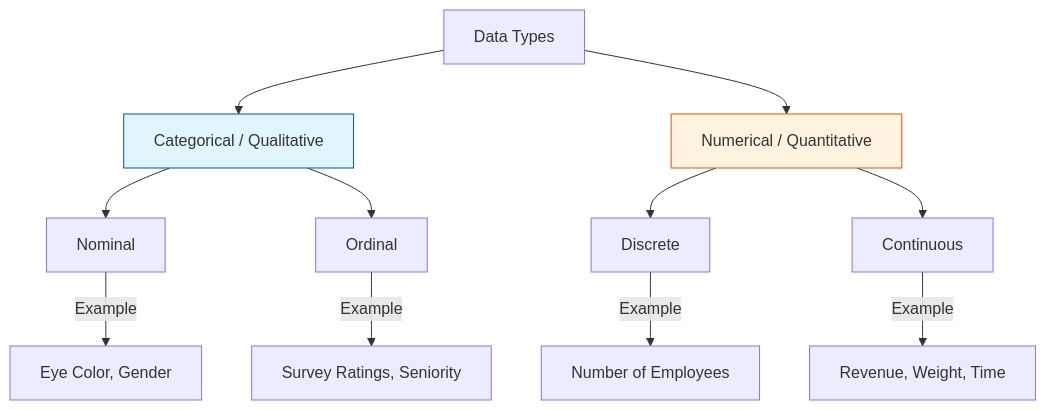
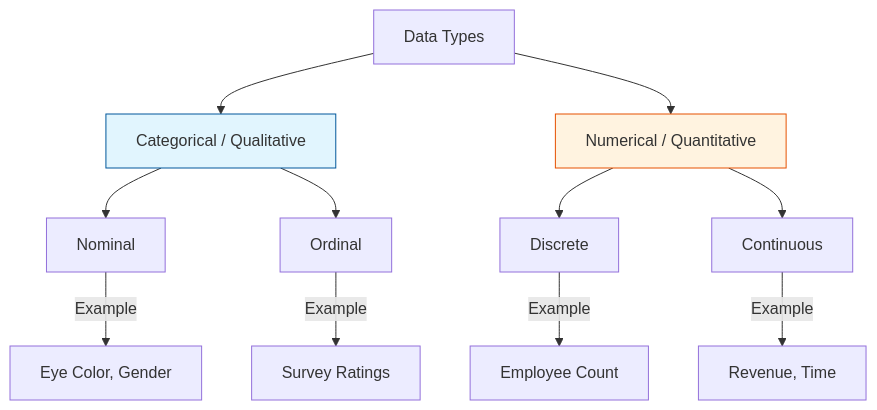
One commit to susanavenda/data_cambridge changed the fifth of 14 diagrams in README.md. Above: the diagram before and after it, drawn with Mermaid. The commit also changed other lines of this file, not shown here.

````diff
--- a/README.md
+++ b/README.md
@@ -89,20 +97,16 @@
 ```mermaid
 graph TD
     Data[Data Types] --> Cat[Categorical / Qualitative]
     Data --> Num[Numerical / Quantitative]
-    
     Cat --> Nom[Nominal]
     Nom -- Example --> Eye[Eye Color, Gender]
-    
     Cat --> Ord[Ordinal]
-    Ord -- Example --> Rank[Survey Ratings, Seniority]
-    
+    Ord -- Example --> Rank[Survey Ratings]
     Num --> Disc[Discrete]
-    Disc -- Example --> Count[Number of Employees]
-    
+    Disc -- Example --> Count[Employee Count]
     Num --> Cont[Continuous]
-    Cont -- Example --> Meas[Revenue, Weight, Time]
-
+    Cont -- Example --> Meas[Revenue, Time]
     style Cat fill:#e1f5fe,stroke:#01579b
     style Num fill:#fff3e0,stroke:#e65100
+
 ```
````
